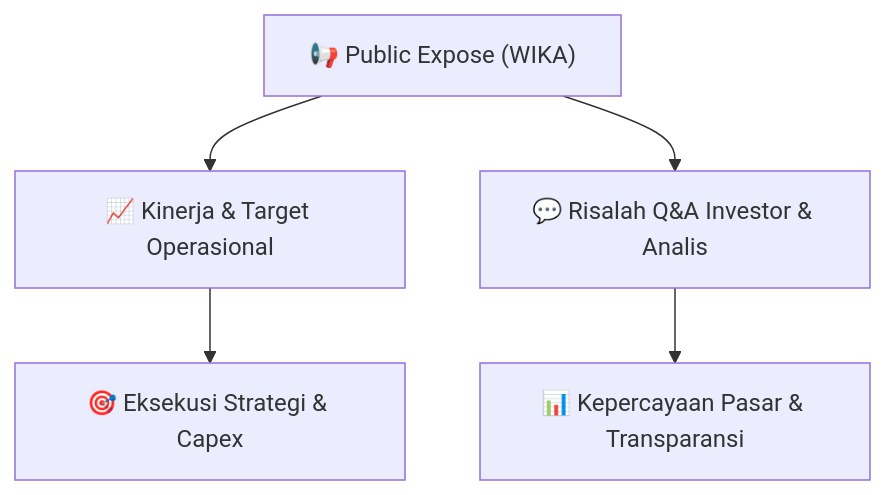
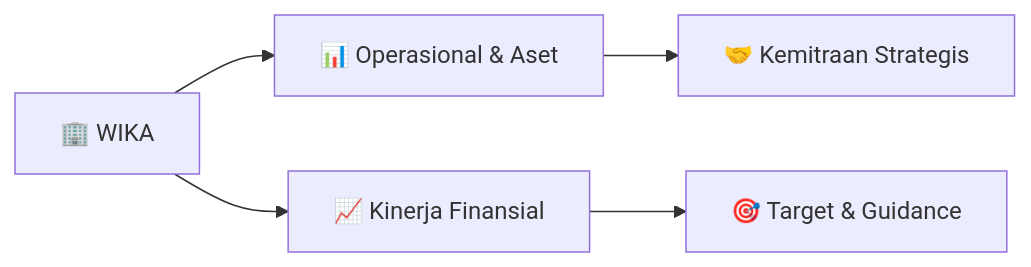
One commit to anYoneo/alphadigest-idx changed the diagram in Finplan_analyst/knowledge-base/public-exposes/informasi-pubex/WIKA_Public_Expose_20260917.md. Above: the diagram before and after it, drawn with Mermaid. The commit also changed other lines of this file and 526 other files, not shown here.

````diff
--- a/Finplan_analyst/knowledge-base/public-exposes/informasi-pubex/WIKA_Public_Expose_20260917.md
+++ b/Finplan_analyst/knowledge-base/public-exposes/informasi-pubex/WIKA_Public_Expose_20260917.md
@@ -39,7 +46,7 @@
 ```mermaid
-flowchart TD
-    A["📢 Public Expose (WIKA)"] --> B["📈 Kinerja & Target Operasional"]
-    A --> C["💬 Risalah Q&A Investor & Analis"]
-    B --> D["🎯 Eksekusi Strategi & Capex"]
-    C --> E["📊 Kepercayaan Pasar & Transparansi"]
+flowchart LR
+    A["🏢 WIKA"] --> B["📊 Operasional & Aset"]
+    A --> C["📈 Kinerja Finansial"]
+    B --> D["🤝 Kemitraan Strategis"]
+    C --> E["🎯 Target & Guidance"]
 ```
````
